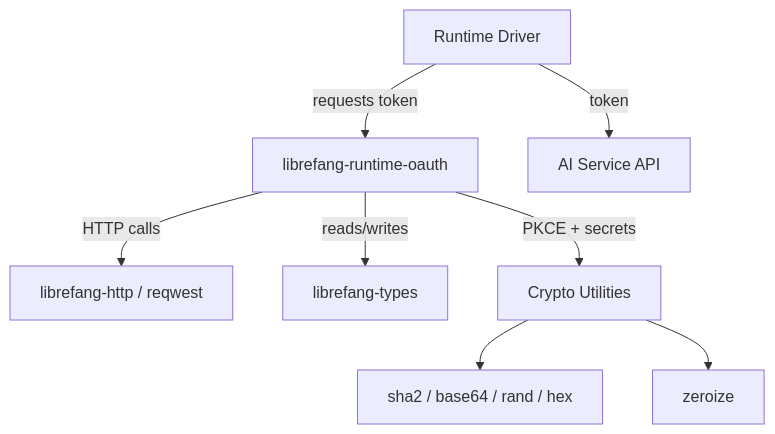
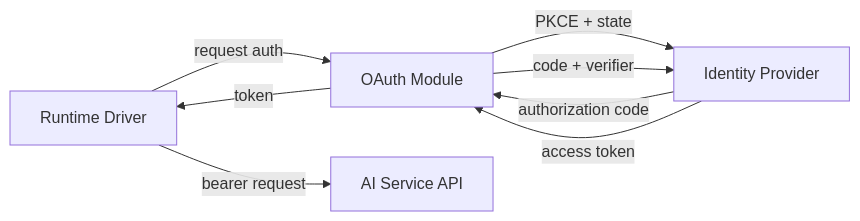
One commit to leszek3737/librefang-WIki changed the diagram in other-librefang-runtime-oauth.md. Above: the diagram before and after it, drawn with Mermaid. The commit also changed other lines of this file and 70 other files, not shown here.

````diff
--- a/other-librefang-runtime-oauth.md
+++ b/other-librefang-runtime-oauth.md
@@ -15,10 +40,10 @@
 ```mermaid
-graph TD
-    A[Runtime Driver] -->|requests token| B[librefang-runtime-oauth]
-    B -->|HTTP calls| C[librefang-http / reqwest]
-    B -->|reads/writes| D[librefang-types]
-    B -->|PKCE + secrets| E[Crypto Utilities]
-    E --> F[sha2 / base64 / rand / hex]
-    E --> G[zeroize]
-    A -->|token| H[AI Service API]
+flowchart LR
+    A[Runtime Driver] -->|request auth| B[OAuth Module]
+    B -->|PKCE + state| C[Identity Provider]
+    C -->|authorization code| B
+    B -->|code + verifier| C
+    C -->|access token| B
+    B -->|token| A
+    A -->|bearer request| D[AI Service API]
 ```
````
